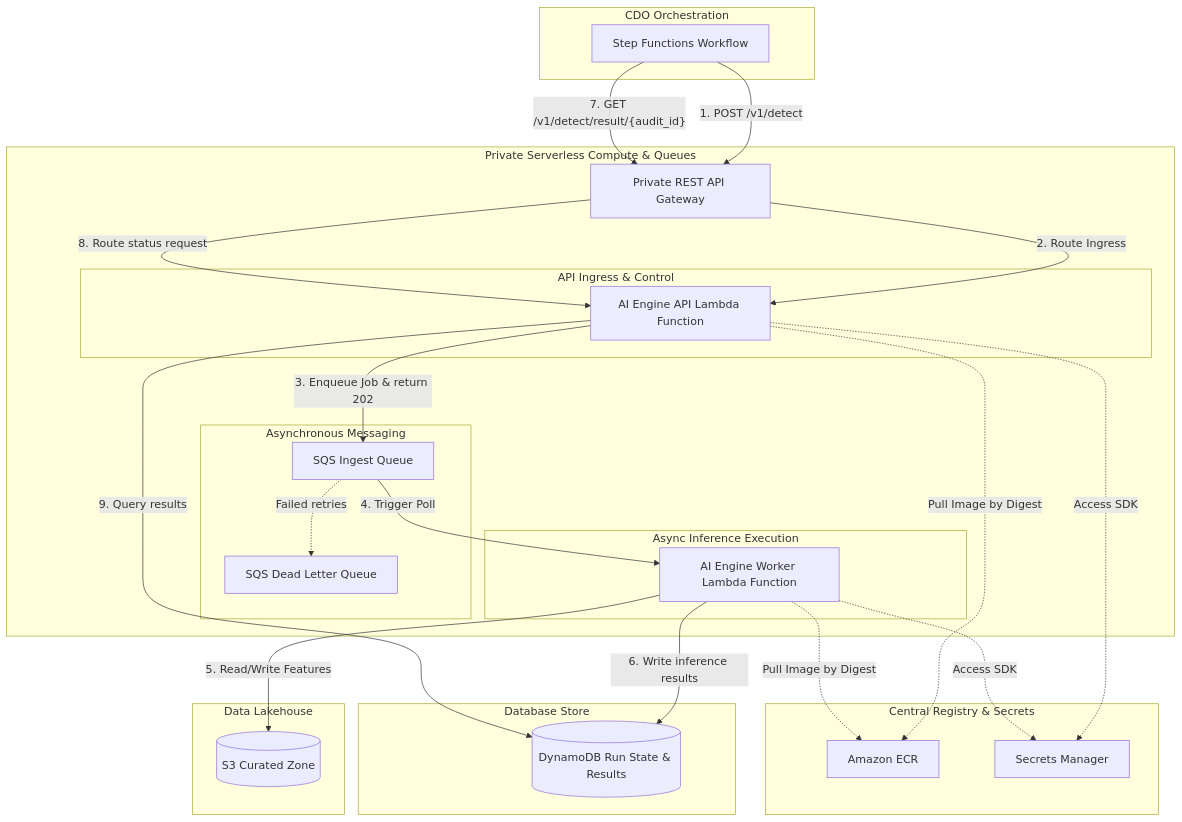
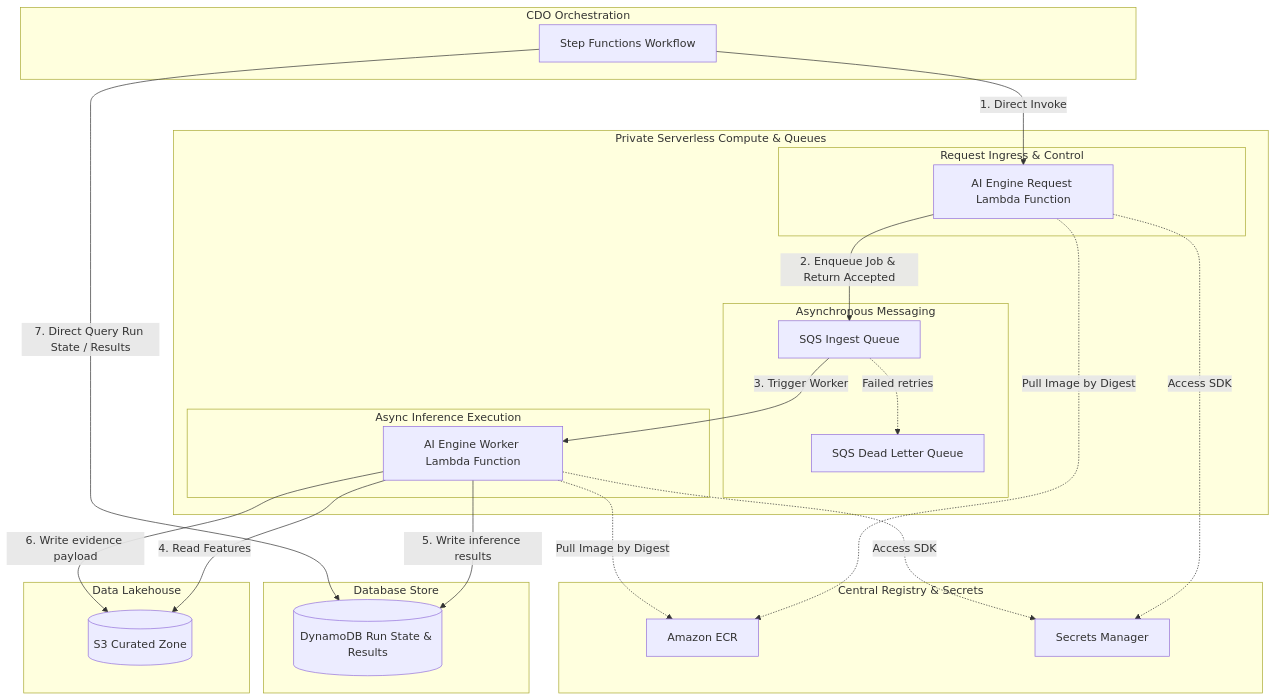
The fourth of 5 diagrams in docs/tf2-finops/02_infra_design.md (hungxqt/tf2-finops-docs), drawn with Mermaid before and after one commit. The commit also changed other lines of this file and 20 other files, not shown here.

Commit message:
docs: remove API Gateway

````diff
--- a/docs/tf2-finops/02_infra_design.md
+++ b/docs/tf2-finops/02_infra_design.md
@@ -183,53 +182,49 @@
 ```mermaid
 graph TB
     subgraph "CDO Orchestration"
         SF[Step Functions Workflow]
     end
 
     subgraph "Data Lakehouse"
         CuratedS3[(S3 Curated Zone)]
     end
 
     subgraph "Database Store"
         DDB[(DynamoDB Run State & Results)]
     end
 
     subgraph "Private Serverless Compute & Queues"
-        APIGW[Private REST API Gateway]
-        
-        subgraph "API Ingress & Control"
-            API[AI Engine API Lambda Function]
+        subgraph "Request Ingress & Control"
+            Request[AI Engine Request Lambda Function]
         end
 
         subgraph "Asynchronous Messaging"
             SQS[SQS Ingest Queue]
             DLQ[SQS Dead Letter Queue]
         end
 
         subgraph "Async Inference Execution"
             Worker[AI Engine Worker Lambda Function]
         end
     end
     
     subgraph "Central Registry & Secrets"
         ECR[Amazon ECR]
         SM[Secrets Manager]
     end
 
     %% Flow
-    SF -->|1. POST /v1/detect| APIGW
-    APIGW -->|2. Route Ingress| API
-    API -->|3. Enqueue Job & return 202| SQS
-    SQS -->|4. Trigger Poll| Worker
+    SF -->|1. Direct Invoke| Request
+    Request -->|2. Enqueue Job & Return Accepted| SQS
+    SQS -->|3. Trigger Worker| Worker
     SQS -.->|Failed retries| DLQ
-    Worker -->|5. Read/Write Features| CuratedS3
-    Worker -->|6. Write inference results| DDB
-    SF -->|"7. GET /v1/detect/result/{audit_id}"| APIGW
-    APIGW -->|8. Route status request| API
-    API -->|9. Query results| DDB
+    Worker -->|4. Read Features| CuratedS3
+    Worker -->|5. Write inference results| DDB
+    Worker -->|6. Write evidence payload| CuratedS3
+    SF -->|7. Direct Query Run State / Results| DDB
     
-    API -.->|Pull Image by Digest| ECR
+    Request -.->|Pull Image by Digest| ECR
     Worker -.->|Pull Image by Digest| ECR
-    API -.->|Access SDK| SM
+    Request -.->|Access SDK| SM
     Worker -.->|Access SDK| SM
 ```
````
